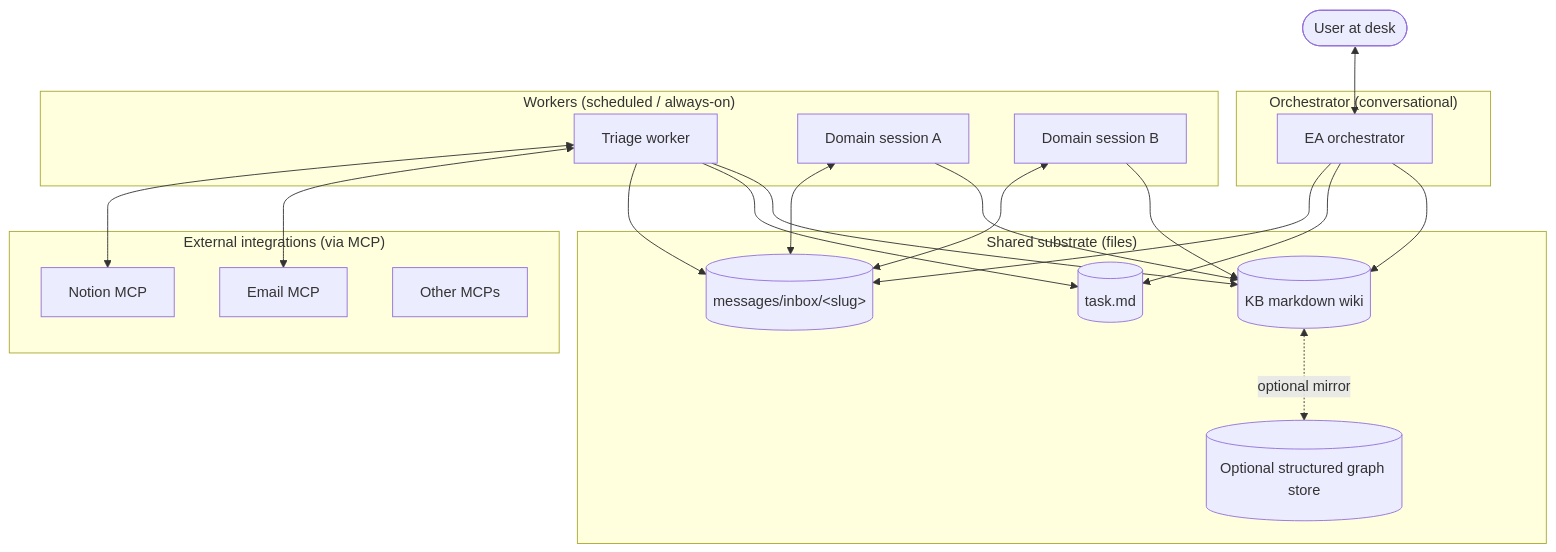
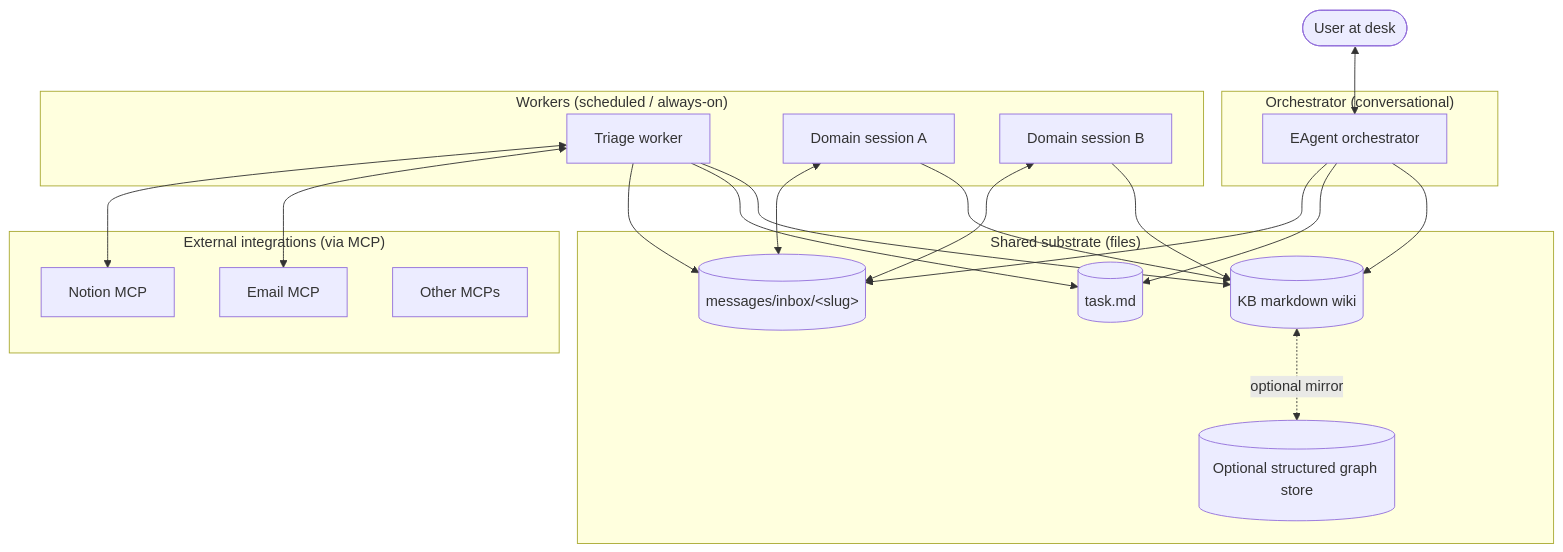
One commit to nigelglenday/eagent changed the diagram in README.md. Above: the diagram before and after it, drawn with Mermaid. The commit also changed other lines of this file, not shown here.

First line of the commit message:
Rename to EAgent, add GitHub alert boxes, reference Atlas + a-team

````diff
--- a/README.md
+++ b/README.md
@@ -67,42 +70,42 @@
 ```mermaid
 flowchart TB
     User([User at desk])
 
     subgraph Orchestrator["Orchestrator (conversational)"]
-      EA[EA orchestrator]
+      EA[EAgent orchestrator]
     end
 
     subgraph Workers["Workers (scheduled / always-on)"]
       Triage[Triage worker]
       DomainA[Domain session A]
       DomainB[Domain session B]
     end
 
     subgraph Substrate["Shared substrate (files)"]
       KB[(KB markdown wiki)]
       Graph[(Optional structured graph store)]
       Tasks[(task.md)]
       Inboxes[(messages/inbox/&lt;slug&gt;)]
     end
 
     subgraph External["External integrations (via MCP)"]
       Email[Email MCP]
       Notion[Notion MCP]
       Other[Other MCPs]
     end
 
     User <--> EA
     EA --> KB
     EA --> Tasks
     EA --> Inboxes
     Triage --> KB
     Triage --> Tasks
     Triage --> Inboxes
     Triage <--> Email
     Triage <--> Notion
     DomainA --> KB
     DomainA <--> Inboxes
     DomainB --> KB
     DomainB <--> Inboxes
     KB <-.optional mirror.-> Graph
 ```
````
